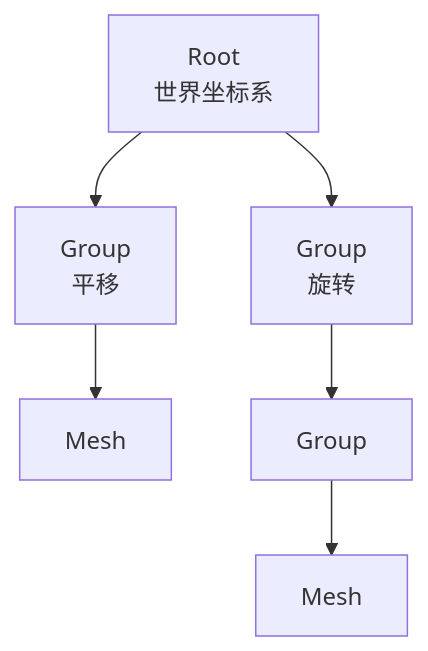
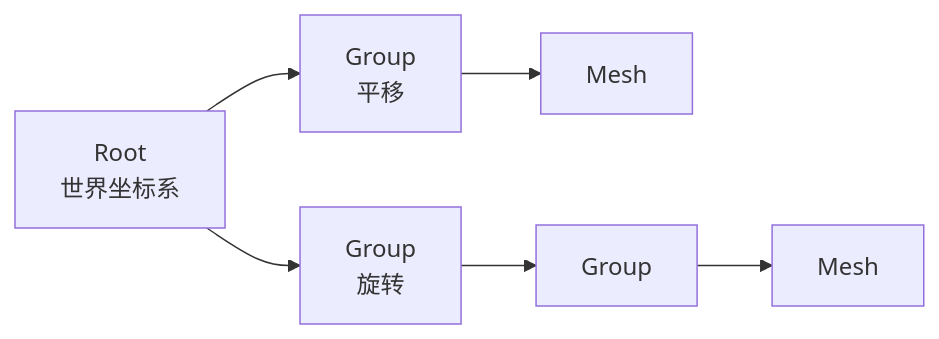
Before and after one commit to NegaVoayz/CG-Notes: the diagram in 05-渲染管线.md, drawn with Mermaid. The commit also changed 3 other files, not shown here.

````diff
--- a/05-渲染管线.md
+++ b/05-渲染管线.md
@@ -133,9 +133,9 @@
 ```mermaid
-graph TD
+graph LR
     Root["Root<br/>世界坐标系"]
     Root --> G1["Group<br/>平移"]
     Root --> G2["Group<br/>旋转"]
     G1 --> M1["Mesh"]
     G2 --> G3["Group"]
     G3 --> M2["Mesh"]
 ```
````
